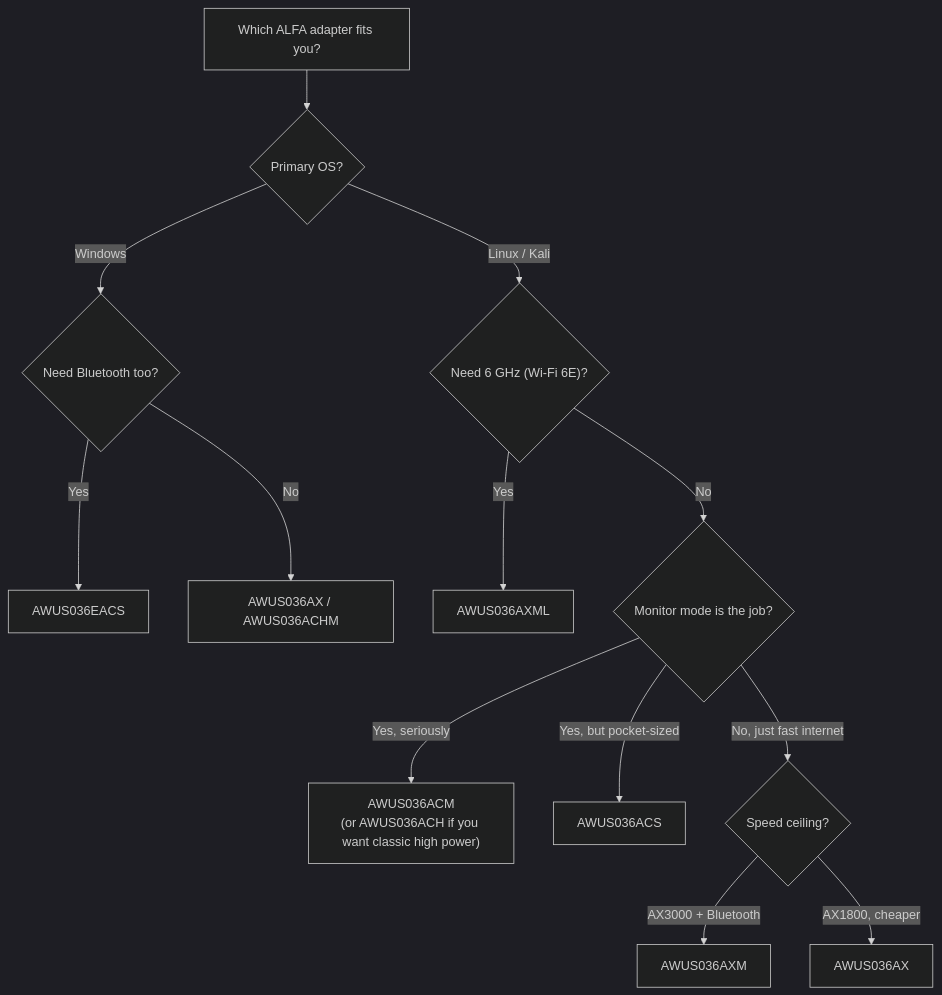
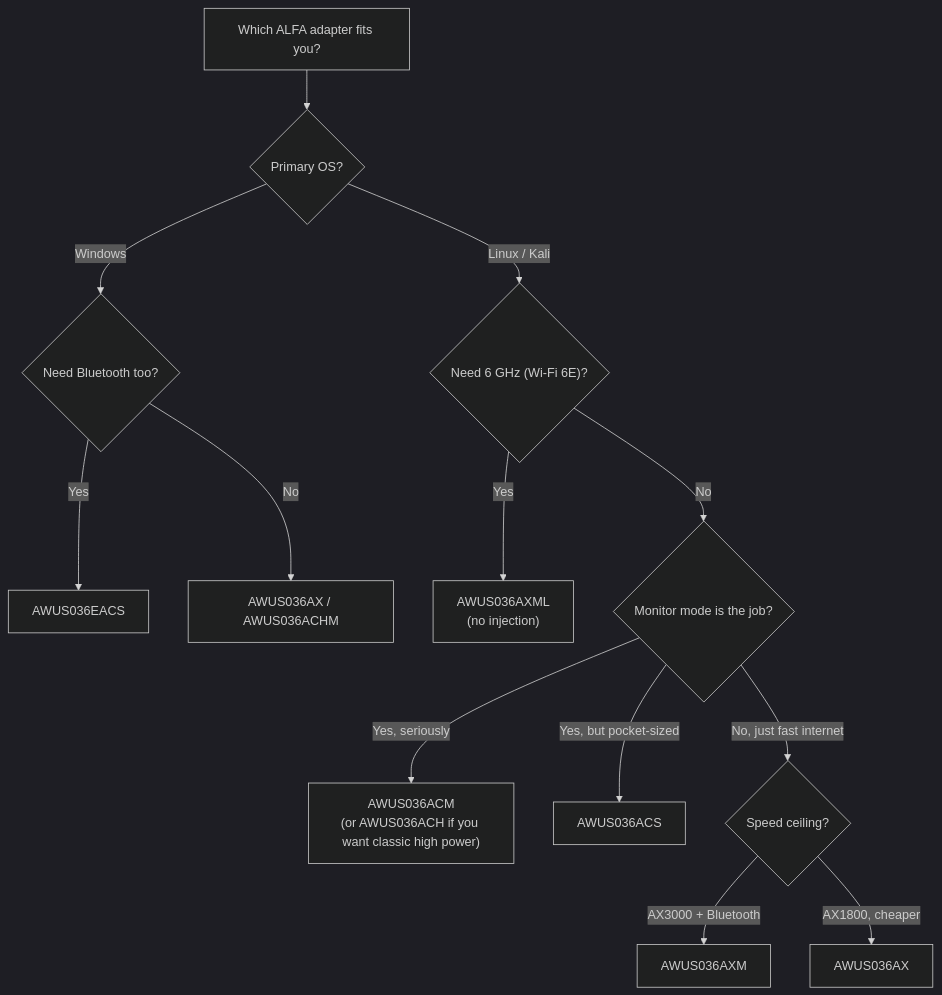
One commit to yopitek/yupitek-wiki changed the diagram in docs/01-alfa-network/wifi-adapter-comparison.md. Above: the diagram before and after it, drawn with Mermaid (dark theme). The commit also changed other lines of this file and 108 other files, not shown here.

````diff
--- a/docs/01-alfa-network/wifi-adapter-comparison.md
+++ b/docs/01-alfa-network/wifi-adapter-comparison.md
@@ -61,15 +61,15 @@
 ```mermaid
 flowchart TD
     A["Which ALFA adapter fits you?"] --> B{"Primary OS?"}
     B -->|"Windows"| C{"Need Bluetooth too?"}
     C -->|"Yes"| D["AWUS036EACS"]
     C -->|"No"| E["AWUS036AX / AWUS036ACHM"]
     B -->|"Linux / Kali"| F{"Need 6 GHz (Wi-Fi 6E)?"}
-    F -->|"Yes"| G["AWUS036AXML"]
+    F -->|"Yes"| G["AWUS036AXML<br/>(no injection)"]
     F -->|"No"| H{"Monitor mode is the job?"}
     H -->|"Yes, seriously"| I["AWUS036ACM<br/>(or AWUS036ACH if you want classic high power)"]
     H -->|"Yes, but pocket-sized"| J["AWUS036ACS"]
     H -->|"No, just fast internet"| K{"Speed ceiling?"}
     K -->|"AX3000 + Bluetooth"| L["AWUS036AXM"]
     K -->|"AX1800, cheaper"| M["AWUS036AX"]
 ```
````
